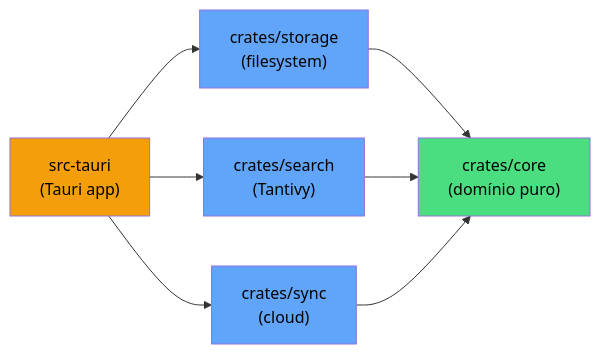
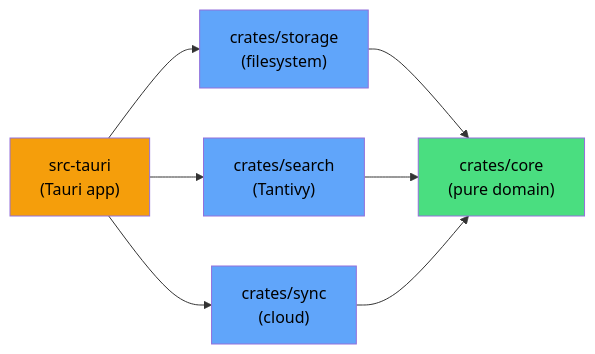
One commit to l3co/open-note changed the fifth of 15 diagrams in docs/ARCHITECTURE.md. Above: the diagram before and after it, drawn with Mermaid. The commit also changed other lines of this file and 10 other files, not shown here.

First line of the commit message:
docs: translate ARCHITECTURE, USER_GUIDE, and all 9 ADRs to English

````diff
--- a/docs/ARCHITECTURE.md
+++ b/docs/ARCHITECTURE.md
@@ -218,21 +218,21 @@
 ```mermaid
 graph LR
     src_tauri["src-tauri<br/>(Tauri app)"]
     storage["crates/storage<br/>(filesystem)"]
     search["crates/search<br/>(Tantivy)"]
     sync["crates/sync<br/>(cloud)"]
-    core["crates/core<br/>(domínio puro)"]
+    core["crates/core<br/>(pure domain)"]
 
     src_tauri --> storage
     src_tauri --> search
     src_tauri --> sync
     storage --> core
     search --> core
     sync --> core
 
     style core fill:#4ade80,color:#000
     style storage fill:#60a5fa,color:#000
     style search fill:#60a5fa,color:#000
     style sync fill:#60a5fa,color:#000
     style src_tauri fill:#f59e0b,color:#000
 ```
````
